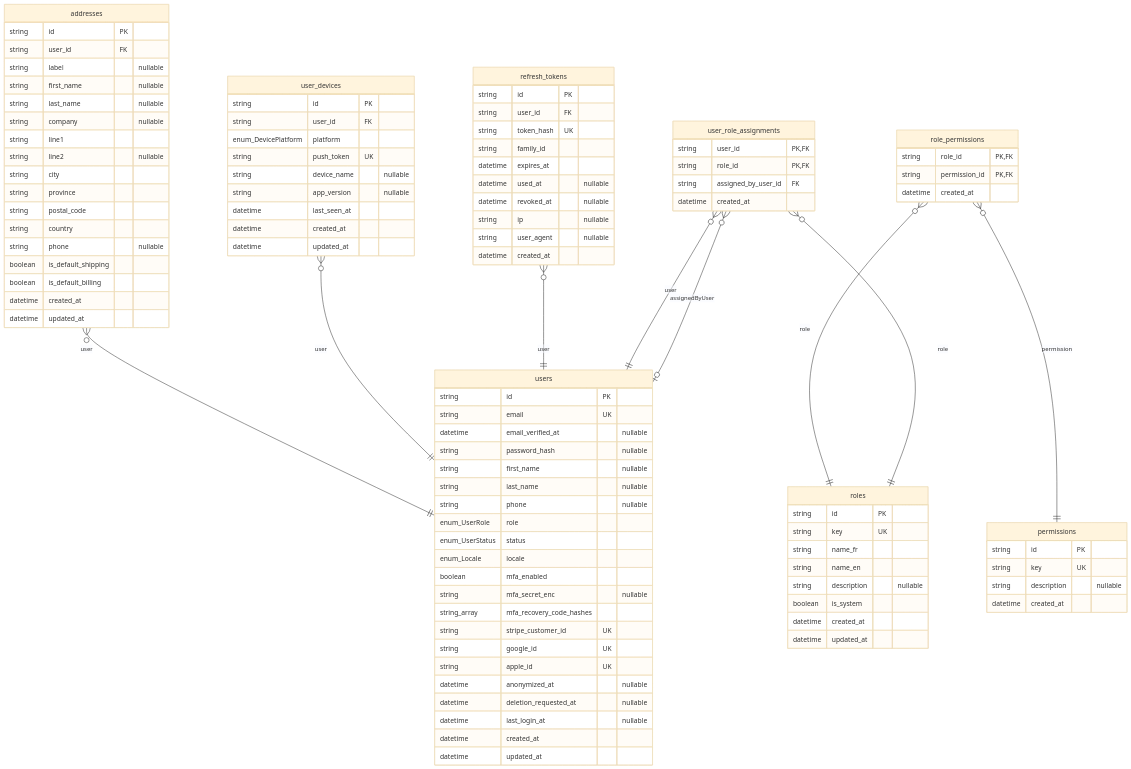
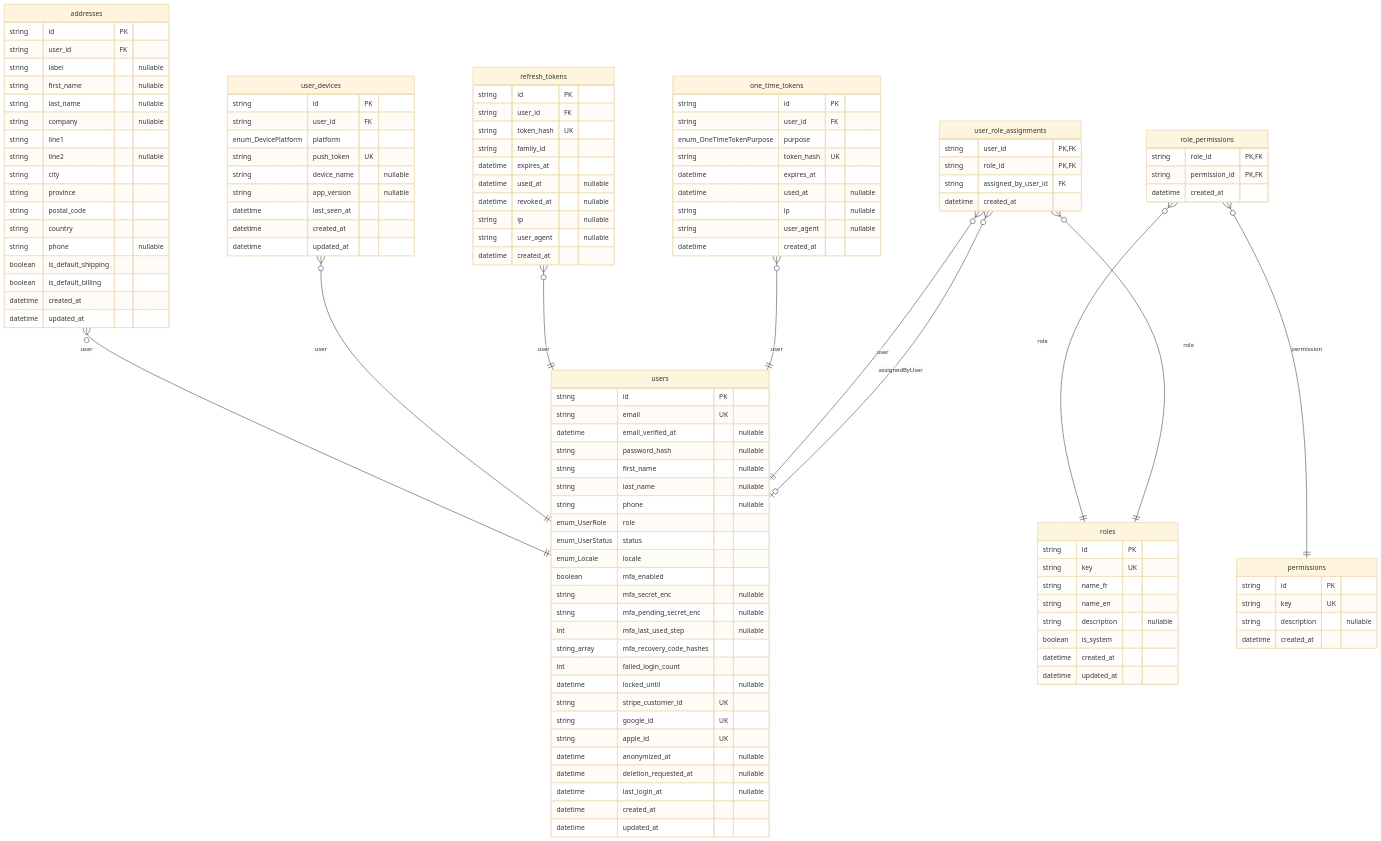
The first of 8 diagrams in docs/database-erd.md (TylerNi/site-ffc), drawn with Mermaid (base theme) before and after one commit. The commit also changed other lines of this file and 60 other files, not shown here.

```diff
--- a/docs/database-erd.md
+++ b/docs/database-erd.md
@@ -22,7 +22,11 @@
     enum_Locale locale
     boolean mfa_enabled
     string mfa_secret_enc "nullable"
+    string mfa_pending_secret_enc "nullable"
+    int mfa_last_used_step "nullable"
     string_array mfa_recovery_code_hashes
+    int failed_login_count
+    datetime locked_until "nullable"
     string stripe_customer_id UK
     string google_id UK
     string apple_id UK
@@ -74,6 +78,17 @@
     string user_agent "nullable"
     datetime created_at
   }
+  one_time_tokens {
+    string id PK
+    string user_id FK
+    enum_OneTimeTokenPurpose purpose
+    string token_hash UK
+    datetime expires_at
+    datetime used_at "nullable"
+    string ip "nullable"
+    string user_agent "nullable"
+    datetime created_at
+  }
   roles {
     string id PK
     string key UK
@@ -104,6 +119,7 @@
   addresses }o--|| users : "user"
   user_devices }o--|| users : "user"
   refresh_tokens }o--|| users : "user"
+  one_time_tokens }o--|| users : "user"
   role_permissions }o--|| roles : "role"
   role_permissions }o--|| permissions : "permission"
   user_role_assignments }o--|| users : "user"
```
